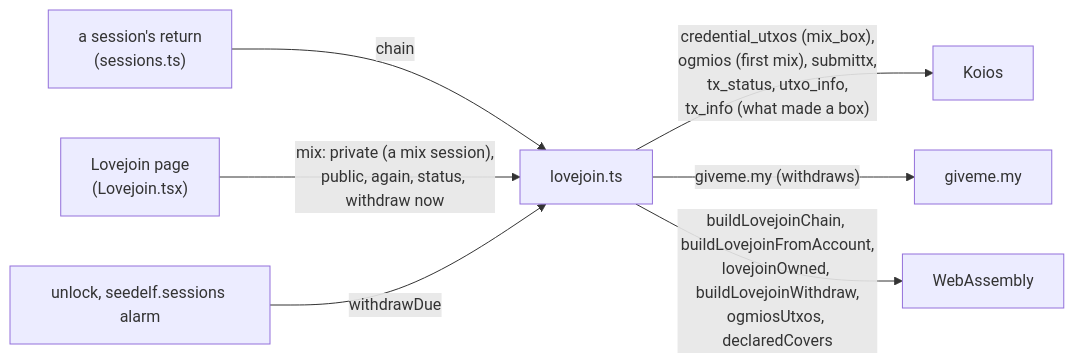
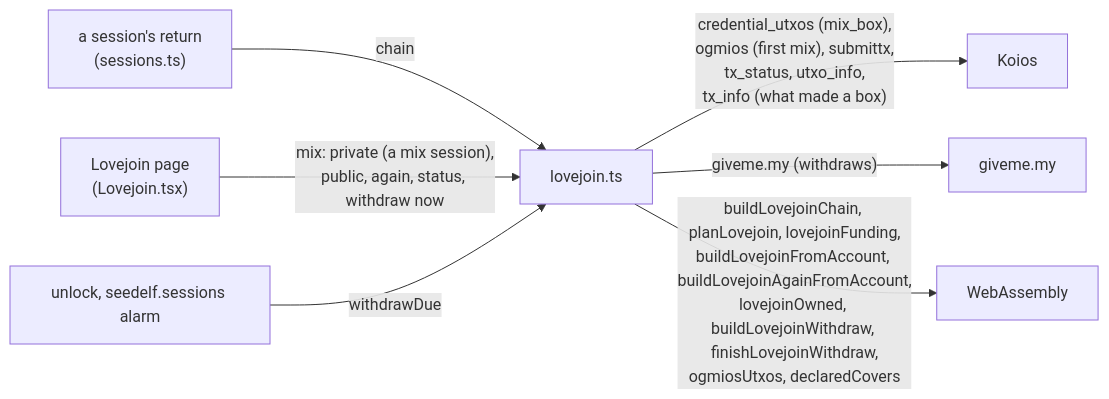
Before and after one commit to logical-mechanism/Seedelf-Wallet: the fourth of 4 diagrams in seedelf-platform/seedelf-web-wallet/docs/architecture.md, drawn with Mermaid. The commit also changed other lines of this file and 63 other files, not shown here.

````diff
--- a/seedelf-platform/seedelf-web-wallet/docs/architecture.md
+++ b/seedelf-platform/seedelf-web-wallet/docs/architecture.md
@@ -583,9 +614,9 @@
 ```mermaid
 flowchart LR
   R["a session's return<br/>(sessions.ts)"] -- "chain" --> L["lovejoin.ts"]
   T["Lovejoin page<br/>(Lovejoin.tsx)"] -- "mix: private (a mix session),<br/>public, again, status, withdraw now" --> L
   A["unlock, seedelf.sessions alarm"] -- "withdrawDue" --> L
   L -- "credential_utxos (mix_box),<br/>ogmios (first mix), submittx,<br/>tx_status, utxo_info,<br/>tx_info (what made a box)" --> K["Koios"]
   L -- "giveme.my (withdraws)" --> G["giveme.my"]
-  L -- "buildLovejoinChain, buildLovejoinFromAccount,<br/>lovejoinOwned, buildLovejoinWithdraw,<br/>ogmiosUtxos, declaredCovers" --> X["WebAssembly"]
+  L -- "buildLovejoinChain, planLovejoin, lovejoinFunding,<br/>buildLovejoinFromAccount, buildLovejoinAgainFromAccount,<br/>lovejoinOwned, buildLovejoinWithdraw, finishLovejoinWithdraw,<br/>ogmiosUtxos, declaredCovers" --> X["WebAssembly"]
 ```
````
